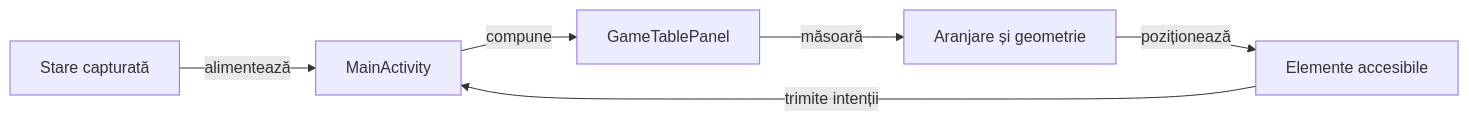
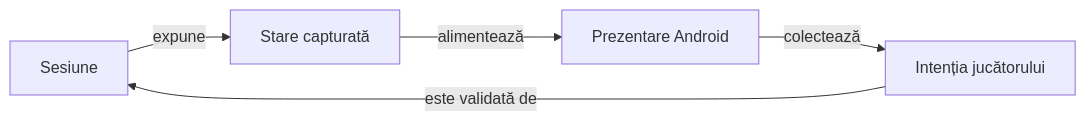
Before and after one commit to crististefanita/atf_j4: the diagram in whist-lab-app/app/src/main/java/ro/whistlab/app/README.md, drawn with Mermaid. The commit also changed other lines of this file and 30 other files, not shown here.

Commit message:
Update J4 Android display and game core modules

````diff
--- a/whist-lab-app/app/src/main/java/ro/whistlab/app/README.md
+++ b/whist-lab-app/app/src/main/java/ro/whistlab/app/README.md
@@ -11,8 +11,7 @@
 ```mermaid
 flowchart LR
-SNAP[Stare capturată] -->|alimentează| ACT[MainActivity]
-ACT -->|compune| TABLE[GameTablePanel]
-TABLE -->|măsoară| GEO[Aranjare și geometrie]
-GEO -->|poziționează| VIEW[Elemente accesibile]
-VIEW -->|trimite intenții| ACT
+    SESSION[Sesiune] -->|expune| STATE[Stare capturată]
+    STATE -->|alimentează| UI[Prezentare Android]
+    UI -->|colectează| INTENT[Intenția jucătorului]
+    INTENT -->|este validată de| SESSION
 ```
````
